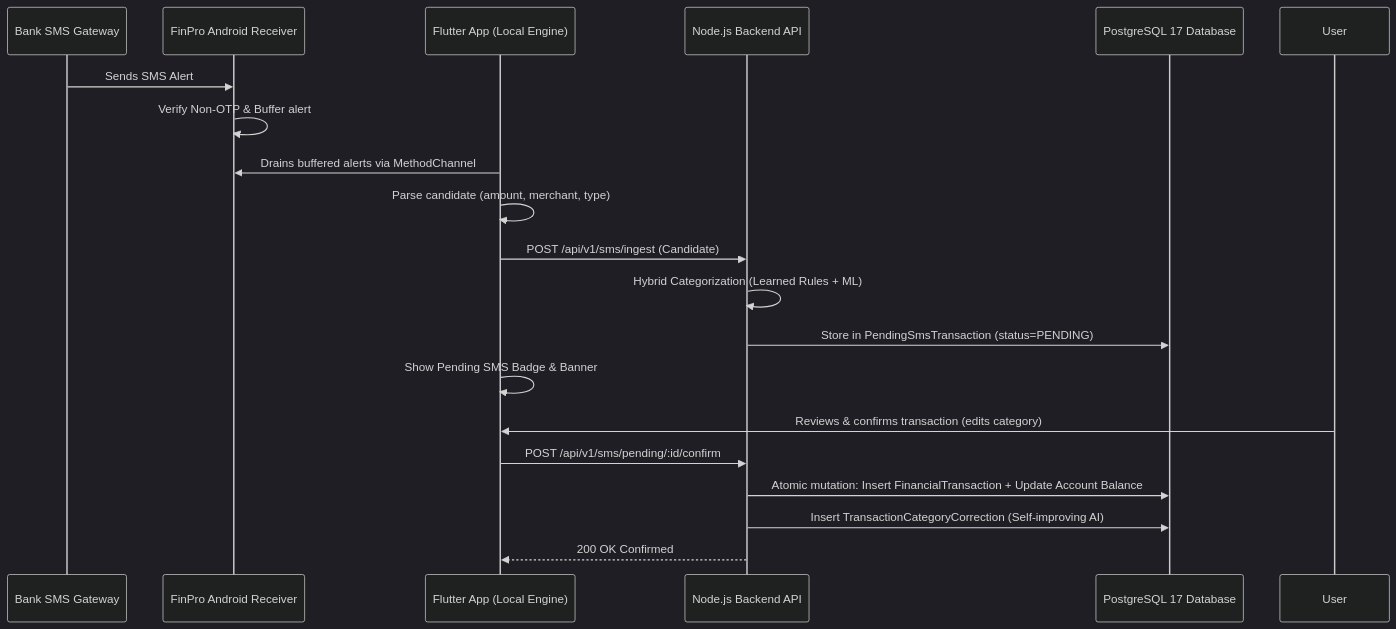
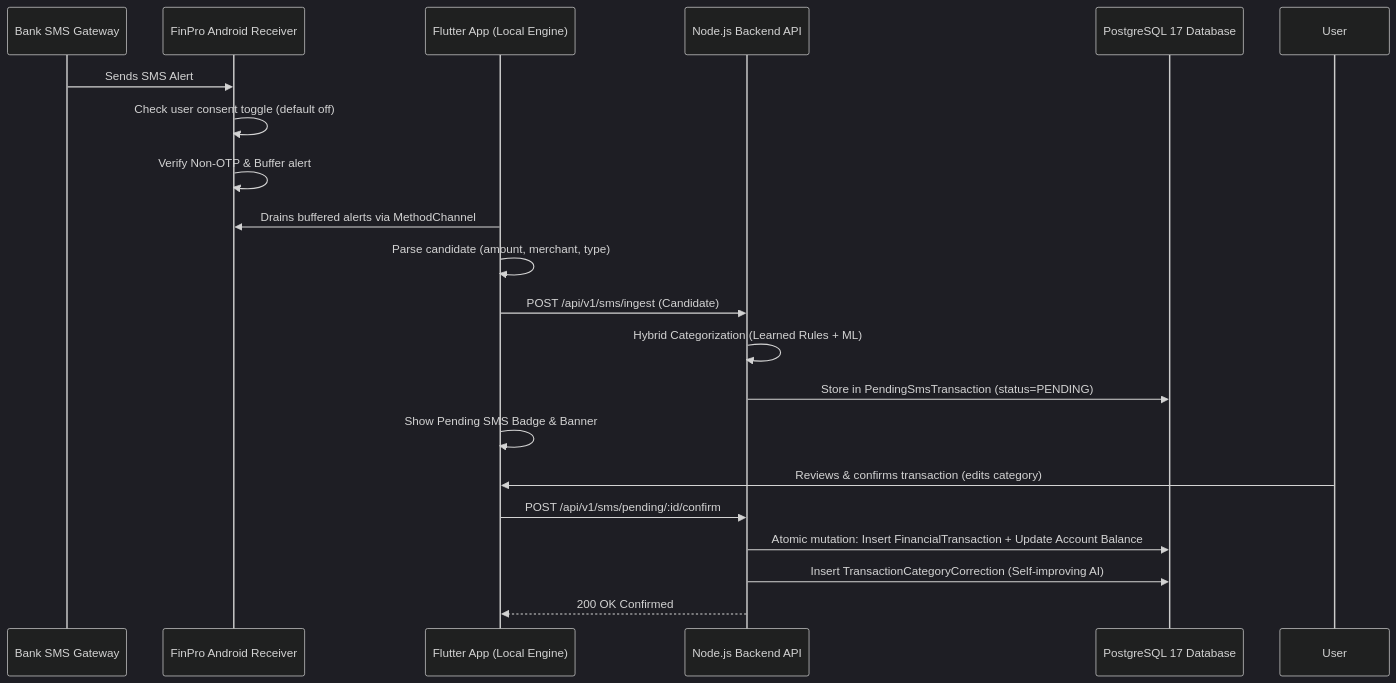
Before and after one commit to tani1290/Finance_assistant: the diagram in docs/MOBILE.md, drawn with Mermaid (dark theme). The commit also changed other lines of this file and 50 other files, not shown here.

````diff
--- a/docs/MOBILE.md
+++ b/docs/MOBILE.md
@@ -80,22 +101,23 @@
 ```mermaid
 sequenceDiagram
     participant Bank as Bank SMS Gateway
     participant Android as FinPro Android Receiver
     participant Flutter as Flutter App (Local Engine)
     participant Backend as Node.js Backend API
     participant DB as PostgreSQL 17 Database
 
     Bank->>Android: Sends SMS Alert
+    Android->>Android: Check user consent toggle (default off)
     Android->>Android: Verify Non-OTP & Buffer alert
     Flutter->>Android: Drains buffered alerts via MethodChannel
     Flutter->>Flutter: Parse candidate (amount, merchant, type)
     Flutter->>Backend: POST /api/v1/sms/ingest (Candidate)
     Backend->>Backend: Hybrid Categorization (Learned Rules + ML)
     Backend->>DB: Store in PendingSmsTransaction (status=PENDING)
     Flutter->>Flutter: Show Pending SMS Badge & Banner
     User->>Flutter: Reviews & confirms transaction (edits category)
     Flutter->>Backend: POST /api/v1/sms/pending/:id/confirm
     Backend->>DB: Atomic mutation: Insert FinancialTransaction + Update Account Balance
     Backend->>DB: Insert TransactionCategoryCorrection (Self-improving AI)
     Backend-->>Flutter: 200 OK Confirmed
 ```
````
